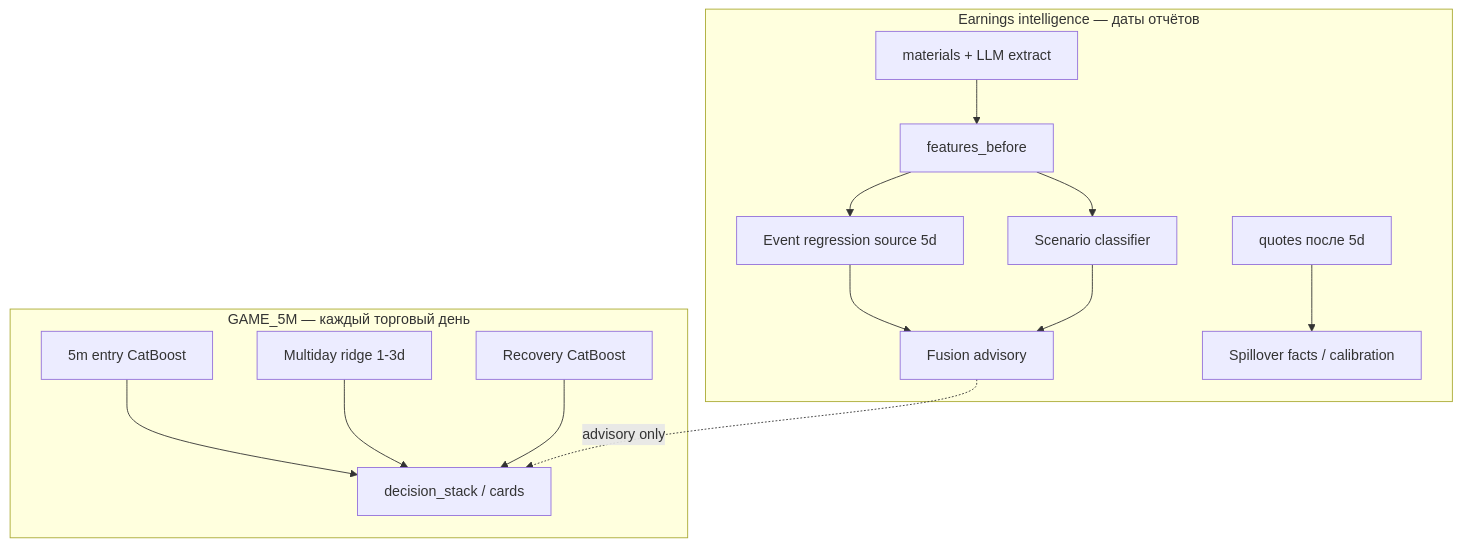
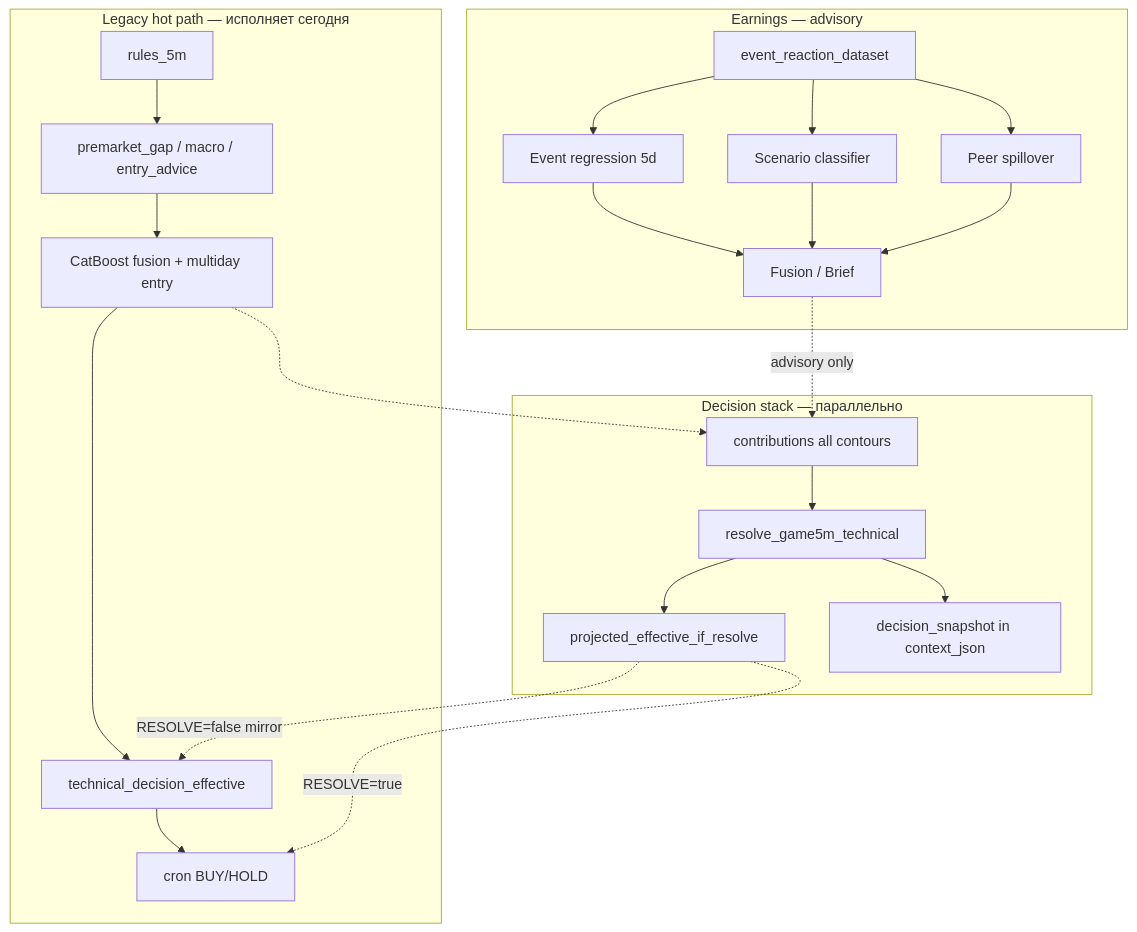
Before and after one commit to kobyzev-yuri/lse: the diagram in docs/TRADE_ML_DATASETS_AND_TARGETS_RU.md, drawn with Mermaid. The commit also changed other lines of this file and 4 other files, not shown here.

First line of the commit message:
Expand ML datasets doc: labels, metrics, complementarity, unified decision path.

````diff
--- a/docs/TRADE_ML_DATASETS_AND_TARGETS_RU.md
+++ b/docs/TRADE_ML_DATASETS_AND_TARGETS_RU.md
@@ -220,23 +431,34 @@
 ```mermaid
 flowchart TB
-  subgraph game5m [GAME_5M — каждый торговый день]
-    Entry[5m entry CatBoost]
-    Ridge[Multiday ridge 1-3d]
-    Recovery[Recovery CatBoost]
-    Entry --> Decision[decision_stack / cards]
-    Ridge --> Decision
-    Recovery --> Decision
+  subgraph legacy [Legacy hot path — исполняет сегодня]
+    Rules[rules_5m]
+    Policy[premarket_gap / macro / entry_advice]
+    MLgates[CatBoost fusion + multiday entry]
+    Rules --> Policy --> MLgates --> Eff[technical_decision_effective]
+    Eff --> Cron[cron BUY/HOLD]
   end
 
-  subgraph earnings [Earnings intelligence — даты отчётов]
-    Materials[materials + LLM extract]
-    Materials --> Feat[features_before]
-    Feat --> RegE[Event regression source 5d]
-    Feat --> Clf[Scenario classifier]
-    RegE --> Fusion[Fusion advisory]
-    Clf --> Fusion
-    QuotesHist[quotes после 5d] --> Spillover[Spillover facts / calibration]
+  subgraph stack [Decision stack — параллельно]
+    Contrib[contributions all contours]
+    Resolve[resolve_game5m_technical]
+    Contrib --> Resolve
+    Resolve --> Proj[projected_effective_if_resolve]
+    Resolve --> Snap[decision_snapshot in context_json]
   end
 
-  Fusion -.->|advisory only| Decision
+  MLgates -.-> Contrib
+  Proj -.->|RESOLVE=false mirror| Eff
+  Proj -.->|RESOLVE=true| Cron
+
+  subgraph earnings [Earnings — advisory]
+    ERD[event_reaction_dataset]
+    ERD --> Reg[Event regression 5d]
+    ERD --> Clf[Scenario classifier]
+    ERD --> Peer[Peer spillover]
+    Reg --> Fusion[Fusion / Brief]
+    Clf --> Fusion
+    Peer --> Fusion
+  end
+
+  Fusion -.->|advisory only| Contrib
 ```
````
